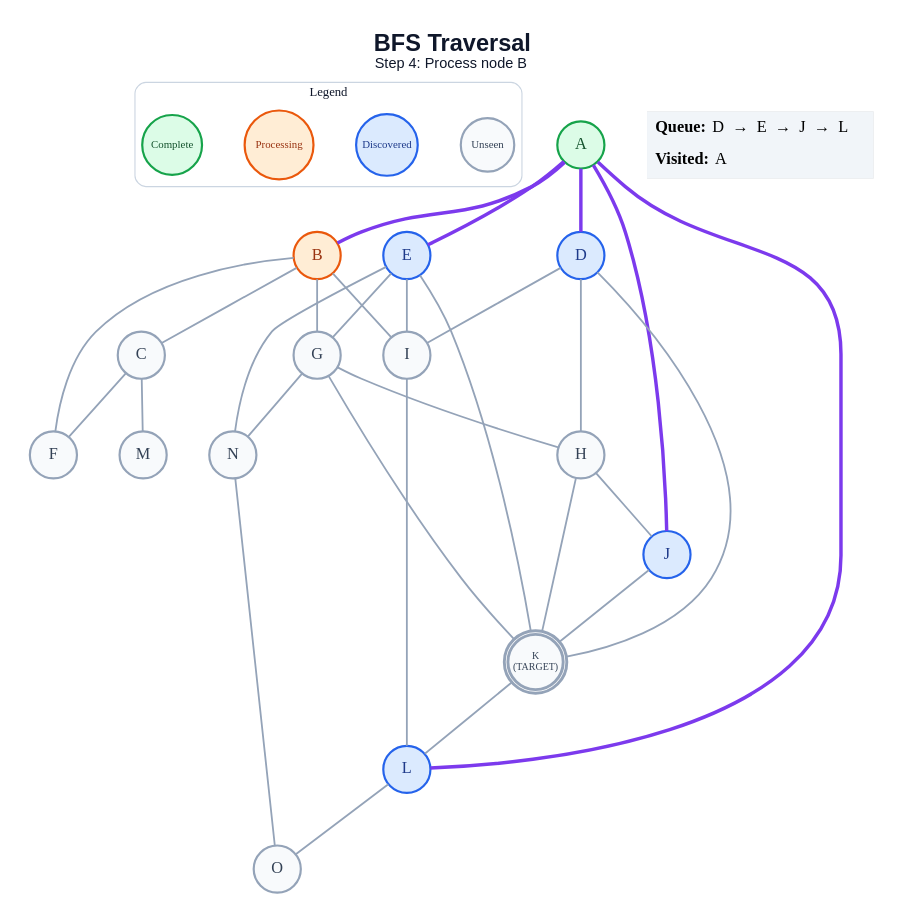
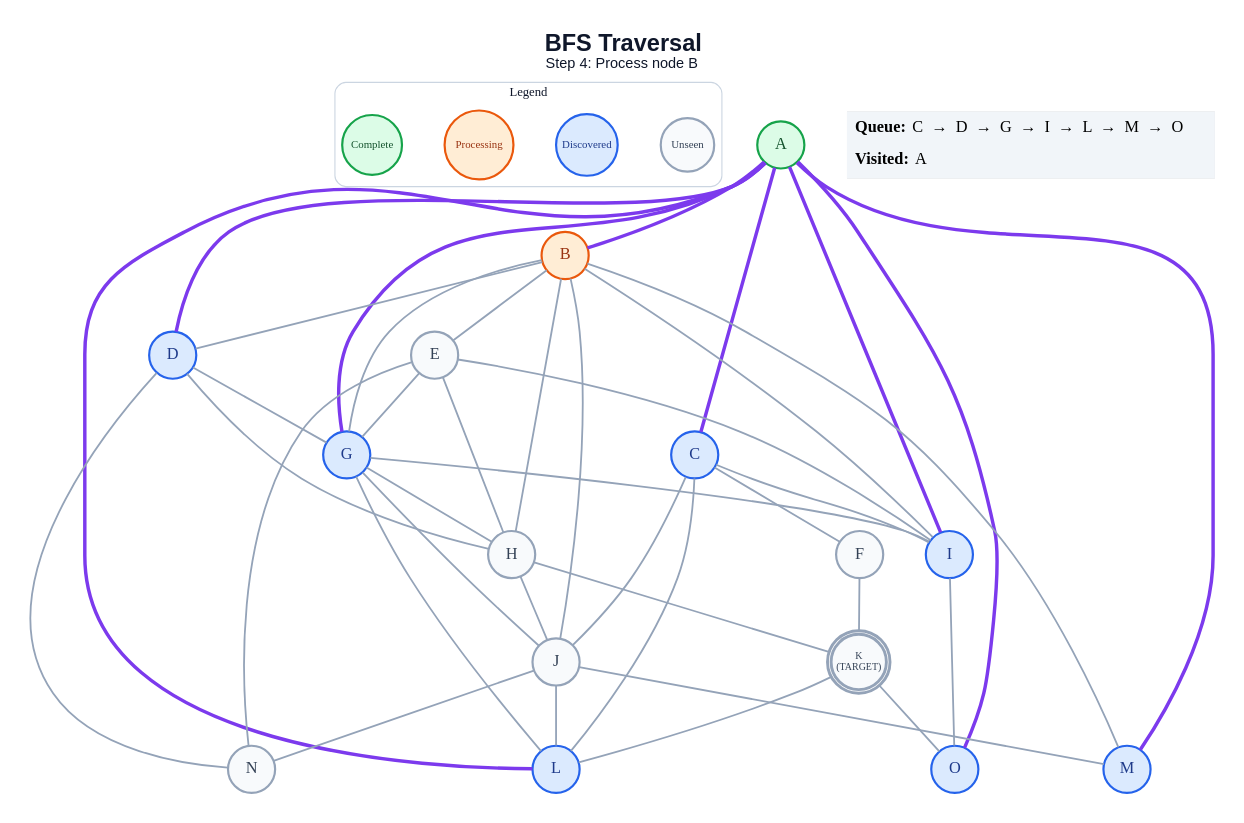
The diagram in generated/short-circuit/bfs/step_04.dot (anon7238593-create/ai-slop), drawn with Graphviz before and after one commit. The commit also changed 263 other files, not shown here.

```diff
--- a/generated/short-circuit/bfs/step_04.dot
+++ b/generated/short-circuit/bfs/step_04.dot
@@ -1,62 +1,73 @@
 graph traversal {
   graph [layout=dot, rankdir=TB, bgcolor="#FFFFFF", pad="0.35", nodesep="0.65", ranksep="0.8", fontname="Arial"];
   node [shape=circle, style="filled", fontname="Arial Bold", fontsize=18, width=0.72, fixedsize=true, penwidth=2.4];
   edge [color="#94A3B8", penwidth=2.0];
   label=<<B>BFS Traversal</B><BR/><FONT POINT-SIZE="16">Step 4: Process node B</FONT>>; labelloc="t"; fontsize=26; fontname="Arial"; fontcolor="#0F172A";
   subgraph cluster_legend { label="Legend"; color="#CBD5E1"; penwidth=1.2; style="rounded"; fontsize=14; fontname="Arial Bold";
     key_unseen [label="Unseen", fillcolor="#F8FAFC", color="#94A3B8", fontcolor="#334155", fontsize=12, width=0.82];
     key_frontier [label="Discovered", fillcolor="#DBEAFE", color="#2563EB", fontcolor="#1E3A8A", fontsize=12, width=0.95];
     key_current [label="Processing", fillcolor="#FFEDD5", color="#EA580C", fontcolor="#9A3412", fontsize=12, width=1.05];
     key_done [label="Complete", fillcolor="#DCFCE7", color="#16A34A", fontcolor="#14532D", fontsize=12, width=0.92];
     { rank=same; key_unseen; key_frontier; key_current; key_done; }
   }
   A [label="A", fillcolor="#DCFCE7", color="#16A34A", fontcolor="#14532D", peripheries=1, penwidth=2.4];
   B [label="B", fillcolor="#FFEDD5", color="#EA580C", fontcolor="#9A3412", peripheries=1, penwidth=2.4];
-  C [label="C", fillcolor="#F8FAFC", color="#94A3B8", fontcolor="#334155", peripheries=1, penwidth=2.4];
+  C [label="C", fillcolor="#DBEAFE", color="#2563EB", fontcolor="#1E3A8A", peripheries=1, penwidth=2.4];
   D [label="D", fillcolor="#DBEAFE", color="#2563EB", fontcolor="#1E3A8A", peripheries=1, penwidth=2.4];
-  E [label="E", fillcolor="#DBEAFE", color="#2563EB", fontcolor="#1E3A8A", peripheries=1, penwidth=2.4];
+  E [label="E", fillcolor="#F8FAFC", color="#94A3B8", fontcolor="#334155", peripheries=1, penwidth=2.4];
   F [label="F", fillcolor="#F8FAFC", color="#94A3B8", fontcolor="#334155", peripheries=1, penwidth=2.4];
-  G [label="G", fillcolor="#F8FAFC", color="#94A3B8", fontcolor="#334155", peripheries=1, penwidth=2.4];
+  G [label="G", fillcolor="#DBEAFE", color="#2563EB", fontcolor="#1E3A8A", peripheries=1, penwidth=2.4];
   H [label="H", fillcolor="#F8FAFC", color="#94A3B8", fontcolor="#334155", peripheries=1, penwidth=2.4];
-  I [label="I", fillcolor="#F8FAFC", color="#94A3B8", fontcolor="#334155", peripheries=1, penwidth=2.4];
-  J [label="J", fillcolor="#DBEAFE", color="#2563EB", fontcolor="#1E3A8A", peripheries=1, penwidth=2.4];
+  I [label="I", fillcolor="#DBEAFE", color="#2563EB", fontcolor="#1E3A8A", peripheries=1, penwidth=2.4];
+  J [label="J", fillcolor="#F8FAFC", color="#94A3B8", fontcolor="#334155", peripheries=1, penwidth=2.4];
   K [label="K\n(TARGET)", fillcolor="#F8FAFC", color="#94A3B8", fontcolor="#334155", peripheries=2, penwidth=3.2, fontsize=11, width=0.85, height=0.85];
   L [label="L", fillcolor="#DBEAFE", color="#2563EB", fontcolor="#1E3A8A", peripheries=1, penwidth=2.4];
-  M [label="M", fillcolor="#F8FAFC", color="#94A3B8", fontcolor="#334155", peripheries=1, penwidth=2.4];
+  M [label="M", fillcolor="#DBEAFE", color="#2563EB", fontcolor="#1E3A8A", peripheries=1, penwidth=2.4];
   N [label="N", fillcolor="#F8FAFC", color="#94A3B8", fontcolor="#334155", peripheries=1, penwidth=2.4];
-  O [label="O", fillcolor="#F8FAFC", color="#94A3B8", fontcolor="#334155", peripheries=1, penwidth=2.4];
+  O [label="O", fillcolor="#DBEAFE", color="#2563EB", fontcolor="#1E3A8A", peripheries=1, penwidth=2.4];
   A -- B [color="#7C3AED", penwidth=3.8];
+  A -- C [color="#7C3AED", penwidth=3.8];
   A -- D [color="#7C3AED", penwidth=3.8];
-  A -- E [color="#7C3AED", penwidth=3.8];
-  A -- J [color="#7C3AED", penwidth=3.8];
+  A -- G [color="#7C3AED", penwidth=3.8];
+  A -- I [color="#7C3AED", penwidth=3.8];
   A -- L [color="#7C3AED", penwidth=3.8];
-  B -- C;
-  B -- F;
+  A -- M [color="#7C3AED", penwidth=3.8];
+  A -- O [color="#7C3AED", penwidth=3.8];
+  B -- D;
+  B -- E;
   B -- G;
+  B -- H;
   B -- I;
+  B -- J;
+  B -- M;
   C -- F;
-  C -- M;
+  C -- I;
+  C -- J;
+  C -- L;
+  D -- G;
   D -- H;
-  D -- I;
-  D -- K;
+  D -- N;
   E -- G;
+  E -- H;
   E -- I;
-  E -- K;
   E -- N;
+  F -- K;
   G -- H;
-  G -- K;
-  G -- N;
+  G -- I;
+  G -- J;
+  G -- L;
   H -- J;
   H -- K;
-  I -- L;
-  J -- K;
+  I -- O;
+  J -- L;
+  J -- M;
+  J -- N;
   K -- L;
-  L -- O;
-  N -- O;
+  K -- O;
   status [shape=plain, fixedsize=false, width=0, height=0, margin=0, label=<
     <TABLE BORDER="0" CELLBORDER="0" CELLPADDING="7" BGCOLOR="#F1F5F9">
-      <TR><TD ALIGN="LEFT"><B>Queue:</B> D  →  E  →  J  →  L</TD></TR>
+      <TR><TD ALIGN="LEFT"><B>Queue:</B> C  →  D  →  G  →  I  →  L  →  M  →  O</TD></TR>
       <TR><TD ALIGN="LEFT"><B>Visited:</B> A</TD></TR>
     </TABLE>
   >];
 }
```
